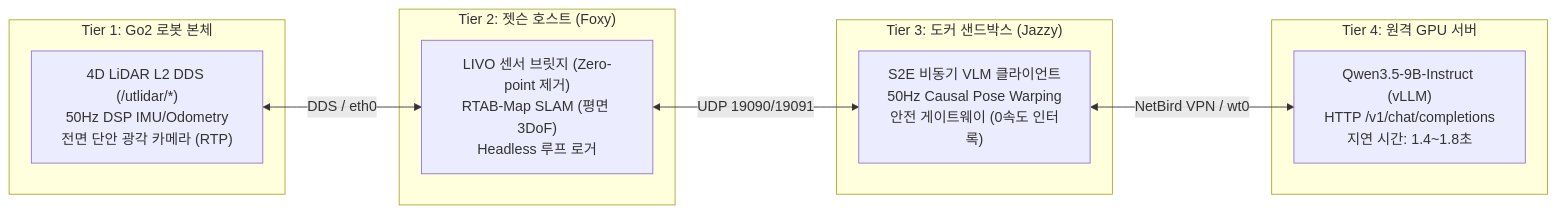
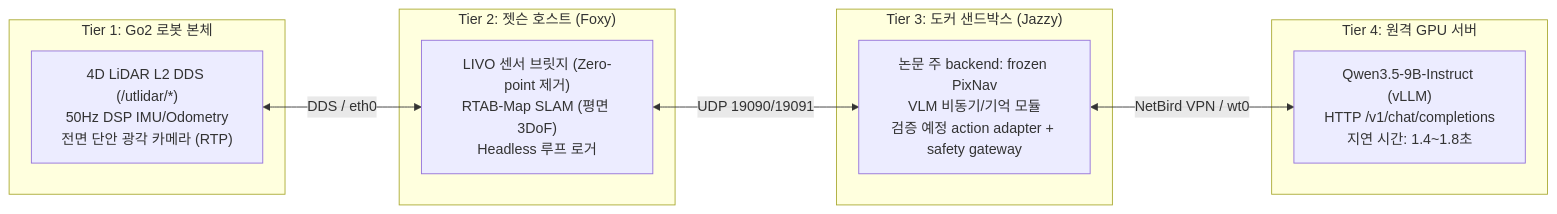
One commit to CGV-HGU/go2_ws changed the first of 4 diagrams in docs/master_plan/[2026-08-28]_Unitree_Go2_LIVO_SLAM_및_ESCAPE-Nav_실물실증_최고수준_완전무결_마스터플랜.md. Above: the diagram before and after it, drawn with Mermaid. The commit also changed other lines of this file and 58 other files, not shown here.

````diff
--- a/docs/master_plan/[2026-08-28]_Unitree_Go2_LIVO_SLAM_및_ESCAPE-Nav_실물실증_최고수준_완전무결_마스터플랜.md
+++ b/docs/master_plan/[2026-08-28]_Unitree_Go2_LIVO_SLAM_및_ESCAPE-Nav_실물실증_최고수준_완전무결_마스터플랜.md
@@ -31,22 +32,22 @@
 ```mermaid
 graph LR
     subgraph "Tier 1: Go2 로봇 본체"
         G1["4D LiDAR L2 DDS (/utlidar/*)<br/>50Hz DSP IMU/Odometry<br/>전면 단안 광각 카메라 (RTP)"]
     end
 
     subgraph "Tier 2: 젯슨 호스트 (Foxy)"
         J1["LIVO 센서 브릿지 (Zero-point 제거)<br/>RTAB-Map SLAM (평면 3DoF)<br/>Headless 루프 로거"]
     end
 
     subgraph "Tier 3: 도커 샌드박스 (Jazzy)"
-        D1["S2E 비동기 VLM 클라이언트<br/>50Hz Causal Pose Warping<br/>안전 게이트웨이 (0속도 인터록)"]
+        D1["논문 주 backend: frozen PixNav<br/>VLM 비동기/기억 모듈<br/>검증 예정 action adapter + safety gateway"]
     end
 
     subgraph "Tier 4: 원격 GPU 서버"
         S1["Qwen3.5-9B-Instruct (vLLM)<br/>HTTP /v1/chat/completions<br/>지연 시간: 1.4~1.8초"]
     end
 
     G1 <-->|DDS / eth0| J1
     J1 <-->|UDP 19090/19091| D1
     D1 <-->|NetBird VPN / wt0| S1
 ```
````
